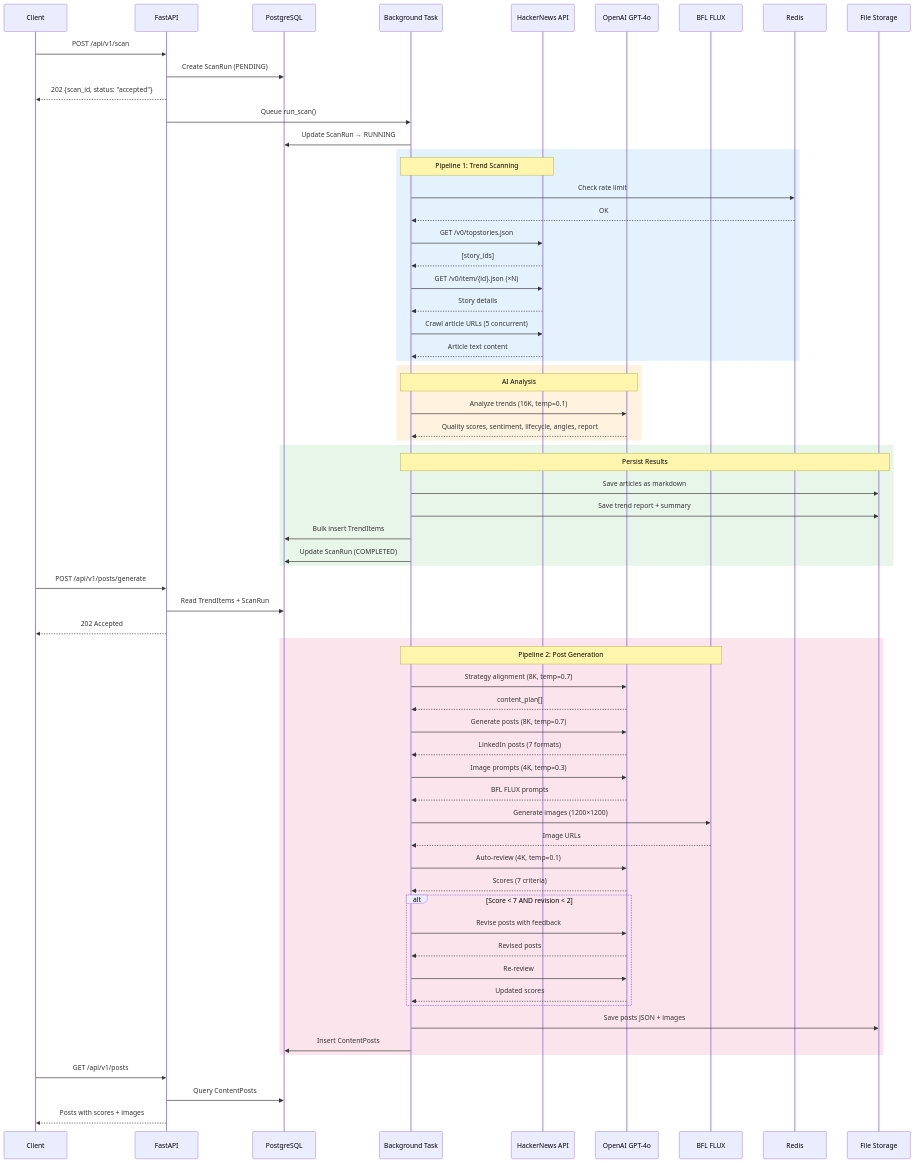
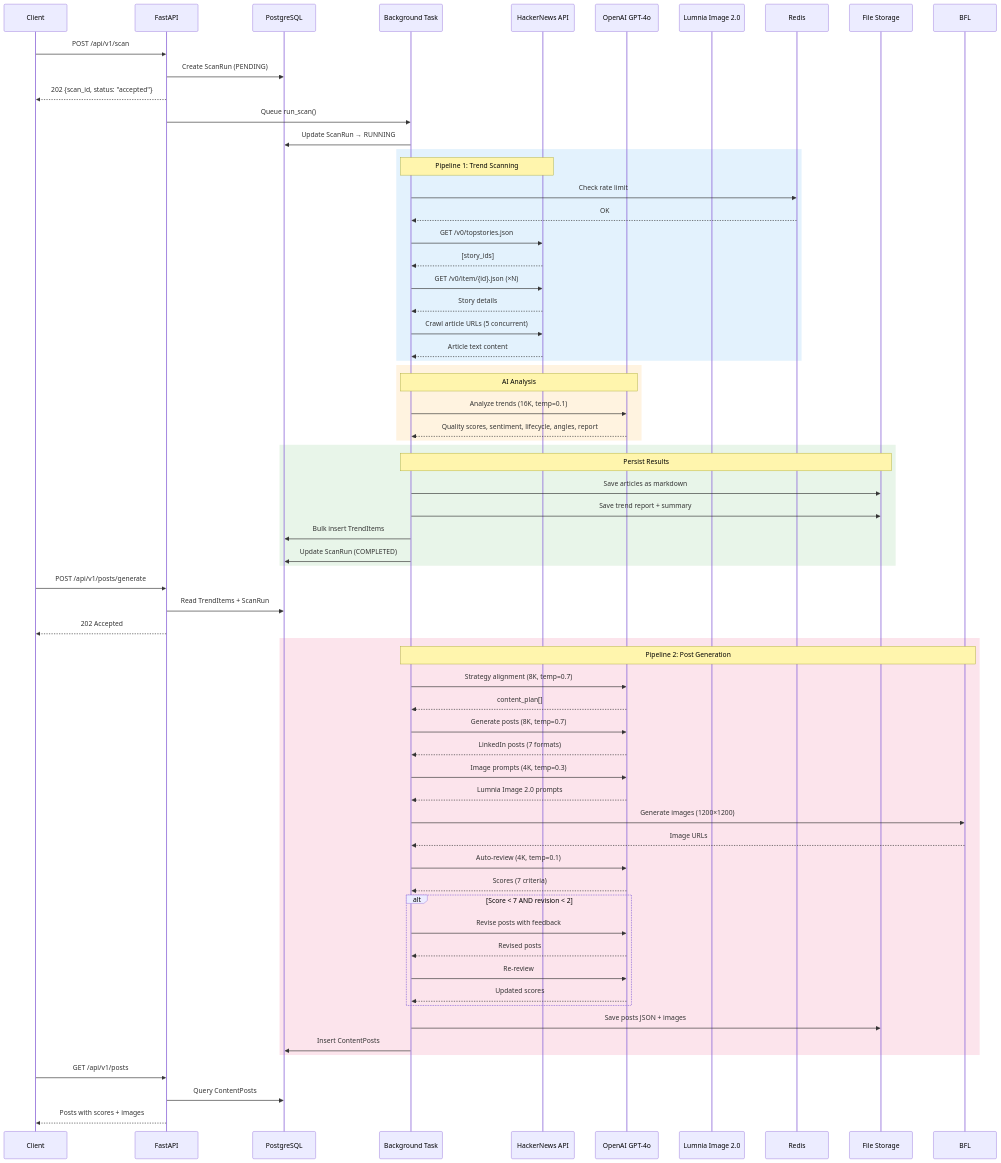
One commit to minhduc59/marketing-content_create-multi_agent changed the sixth of 10 diagrams in docs/architecture-diagrams.md. Above: the diagram before and after it, drawn with Mermaid. The commit also changed other lines of this file and 77 other files, not shown here.

````diff
--- a/docs/architecture-diagrams.md
+++ b/docs/architecture-diagrams.md
@@ -284,77 +284,77 @@
 ```mermaid
 sequenceDiagram
     participant C as Client
     participant API as FastAPI
     participant PG as PostgreSQL
     participant BG as Background Task
     participant HN as HackerNews API
     participant GPT as OpenAI GPT-4o
-    participant BFL as BFL FLUX
+    participant Lumnia Image 2.0
     participant RD as Redis
     participant FS as File Storage
 
     C->>API: POST /api/v1/scan
     API->>PG: Create ScanRun (PENDING)
     API-->>C: 202 {scan_id, status: "accepted"}
 
     API->>BG: Queue run_scan()
     BG->>PG: Update ScanRun → RUNNING
 
     rect rgb(227, 242, 253)
         Note over BG,HN: Pipeline 1: Trend Scanning
         BG->>RD: Check rate limit
         RD-->>BG: OK
         BG->>HN: GET /v0/topstories.json
         HN-->>BG: [story_ids]
         BG->>HN: GET /v0/item/{id}.json (×N)
         HN-->>BG: Story details
         BG->>HN: Crawl article URLs (5 concurrent)
         HN-->>BG: Article text content
     end
 
     rect rgb(255, 243, 224)
         Note over BG,GPT: AI Analysis
         BG->>GPT: Analyze trends (16K, temp=0.1)
         GPT-->>BG: Quality scores, sentiment, lifecycle, angles, report
     end
 
     rect rgb(232, 245, 233)
         Note over BG,FS: Persist Results
         BG->>FS: Save articles as markdown
         BG->>FS: Save trend report + summary
         BG->>PG: Bulk insert TrendItems
         BG->>PG: Update ScanRun (COMPLETED)
     end
 
     C->>API: POST /api/v1/posts/generate
     API->>PG: Read TrendItems + ScanRun
     API-->>C: 202 Accepted
 
     rect rgb(252, 228, 236)
         Note over BG,BFL: Pipeline 2: Post Generation
         BG->>GPT: Strategy alignment (8K, temp=0.7)
         GPT-->>BG: content_plan[]
         BG->>GPT: Generate posts (8K, temp=0.7)
         GPT-->>BG: LinkedIn posts (7 formats)
         BG->>GPT: Image prompts (4K, temp=0.3)
-        GPT-->>BG: BFL FLUX prompts
+        GPT-->>BG: Lumnia Image 2.0 prompts
         BG->>BFL: Generate images (1200×1200)
         BFL-->>BG: Image URLs
         BG->>GPT: Auto-review (4K, temp=0.1)
         GPT-->>BG: Scores (7 criteria)
 
         alt Score < 7 AND revision < 2
             BG->>GPT: Revise posts with feedback
             GPT-->>BG: Revised posts
             BG->>GPT: Re-review
             GPT-->>BG: Updated scores
         end
 
         BG->>FS: Save posts JSON + images
         BG->>PG: Insert ContentPosts
     end
 
     C->>API: GET /api/v1/posts
     API->>PG: Query ContentPosts
     API-->>C: Posts with scores + images
 ```
````
